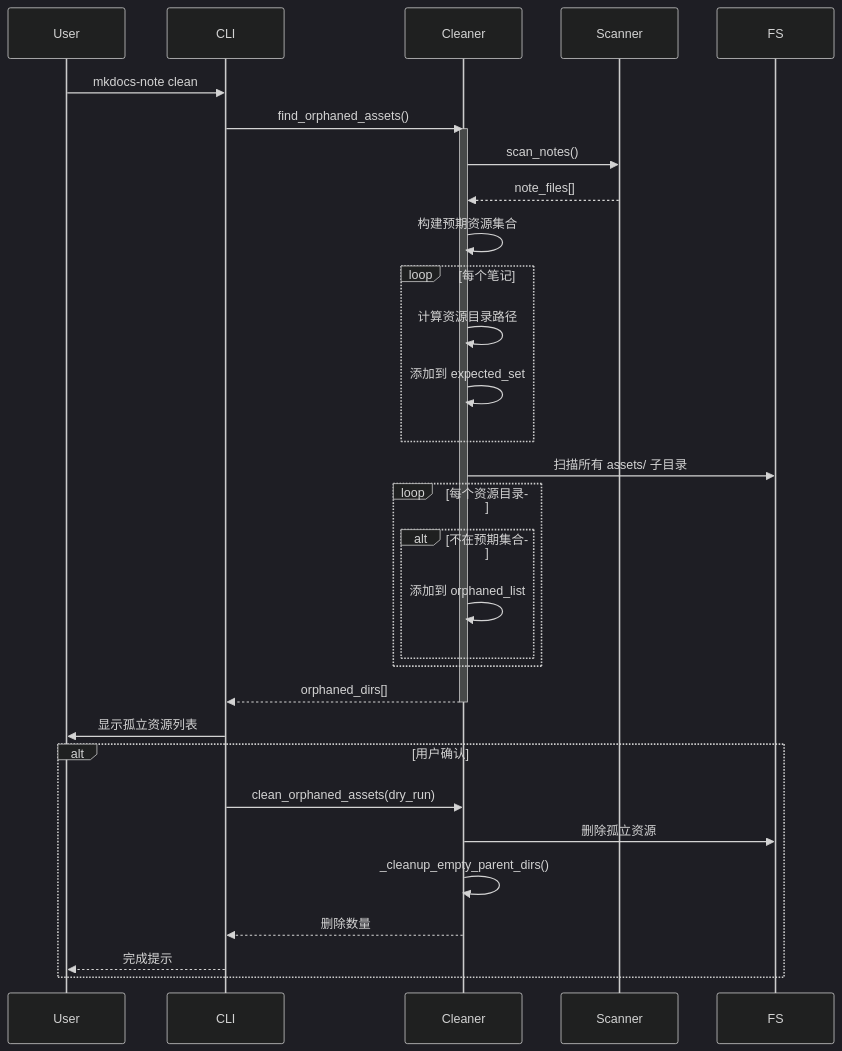
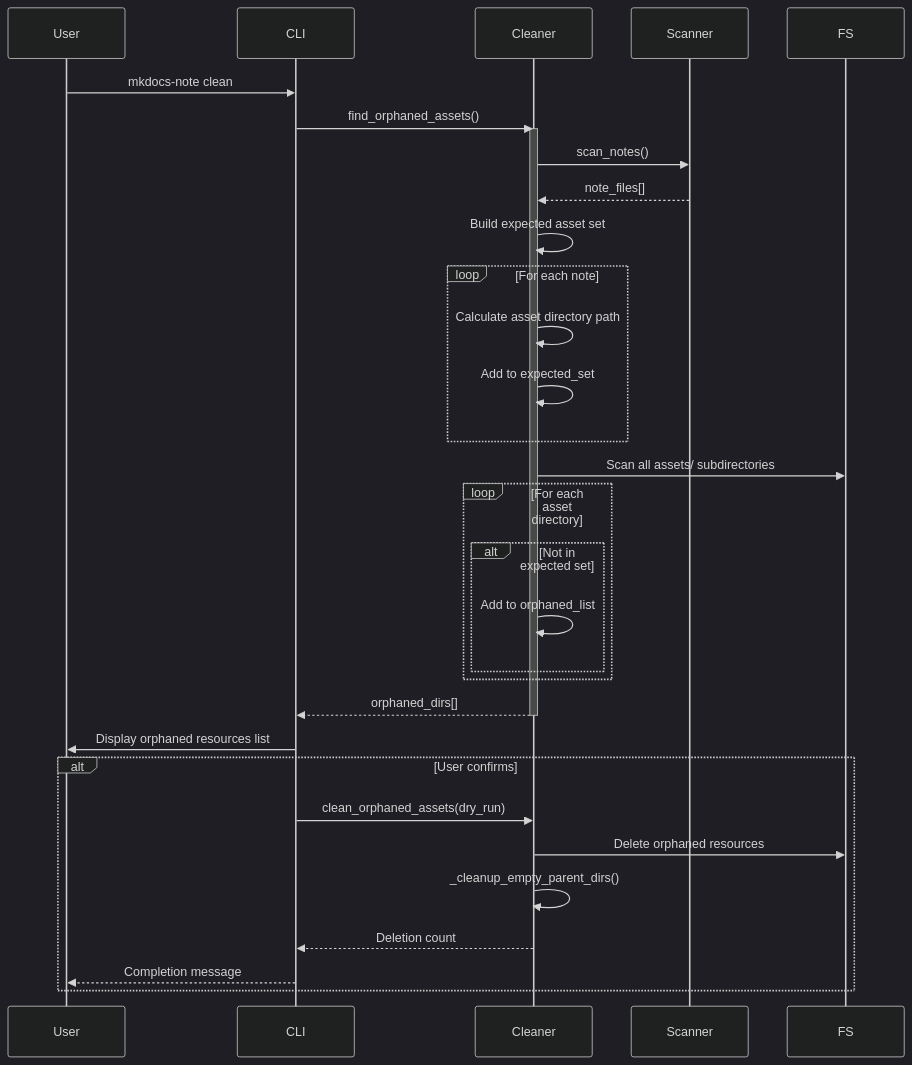
The ninth of 9 diagrams in docs/contributing/architecture.md (virtualguard101/mkdocs-note), drawn with Mermaid (dark theme) before and after one commit. The commit also changed other lines of this file and 3 other files, not shown here.

````diff
--- a/docs/contributing/architecture.md
+++ b/docs/contributing/architecture.md
@@ -638,41 +628,41 @@
 ```mermaid
 sequenceDiagram
     participant User
     participant CLI
     participant Cleaner
     participant Scanner
     participant FS
     
     User->>CLI: mkdocs-note clean
     CLI->>Cleaner: find_orphaned_assets()
     activate Cleaner
     
     Cleaner->>Scanner: scan_notes()
     Scanner-->>Cleaner: note_files[]
     
-    Cleaner->>Cleaner: 构建预期资源集合
-    loop 每个笔记
-        Cleaner->>Cleaner: 计算资源目录路径
-        Cleaner->>Cleaner: 添加到 expected_set
+    Cleaner->>Cleaner: Build expected asset set
+    loop For each note
+        Cleaner->>Cleaner: Calculate asset directory path
+        Cleaner->>Cleaner: Add to expected_set
     end
     
-    Cleaner->>FS: 扫描所有 assets/ 子目录
-    loop 每个资源目录
-        alt 不在预期集合
-            Cleaner->>Cleaner: 添加到 orphaned_list
+    Cleaner->>FS: Scan all assets/ subdirectories
+    loop For each asset directory
+        alt Not in expected set
+            Cleaner->>Cleaner: Add to orphaned_list
         end
     end
     
     Cleaner-->>CLI: orphaned_dirs[]
     deactivate Cleaner
     
-    CLI->>User: 显示孤立资源列表
+    CLI->>User: Display orphaned resources list
     
-    alt 用户确认
+    alt User confirms
         CLI->>Cleaner: clean_orphaned_assets(dry_run)
-        Cleaner->>FS: 删除孤立资源
+        Cleaner->>FS: Delete orphaned resources
         Cleaner->>Cleaner: _cleanup_empty_parent_dirs()
-        Cleaner-->>CLI: 删除数量
-        CLI-->>User: 完成提示
+        Cleaner-->>CLI: Deletion count
+        CLI-->>User: Completion message
     end
 ```
````
